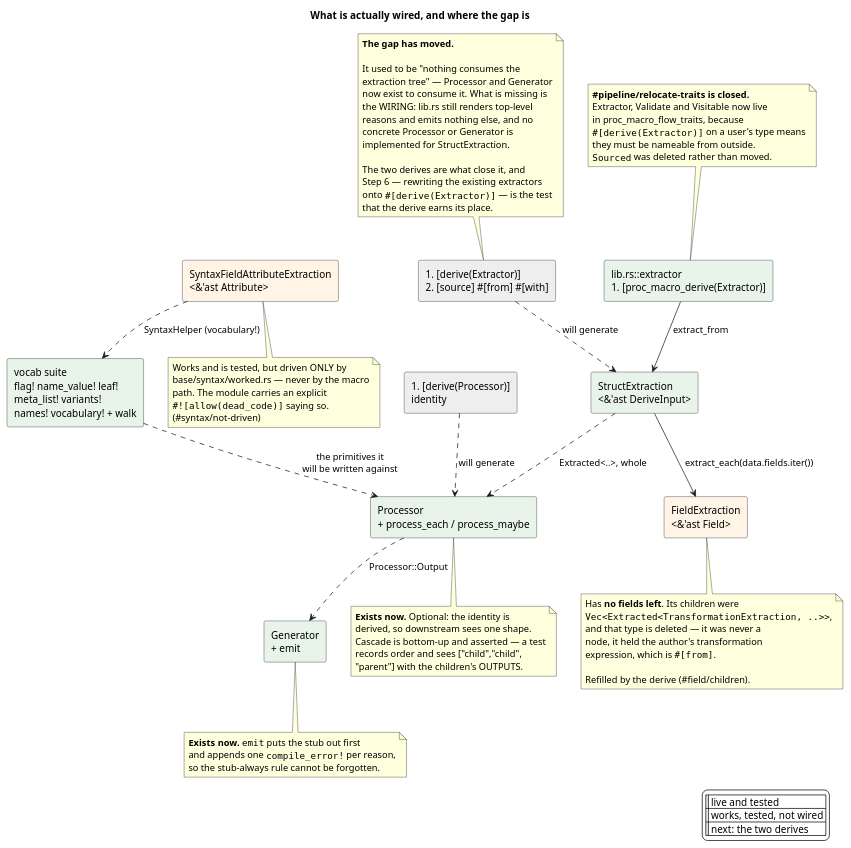
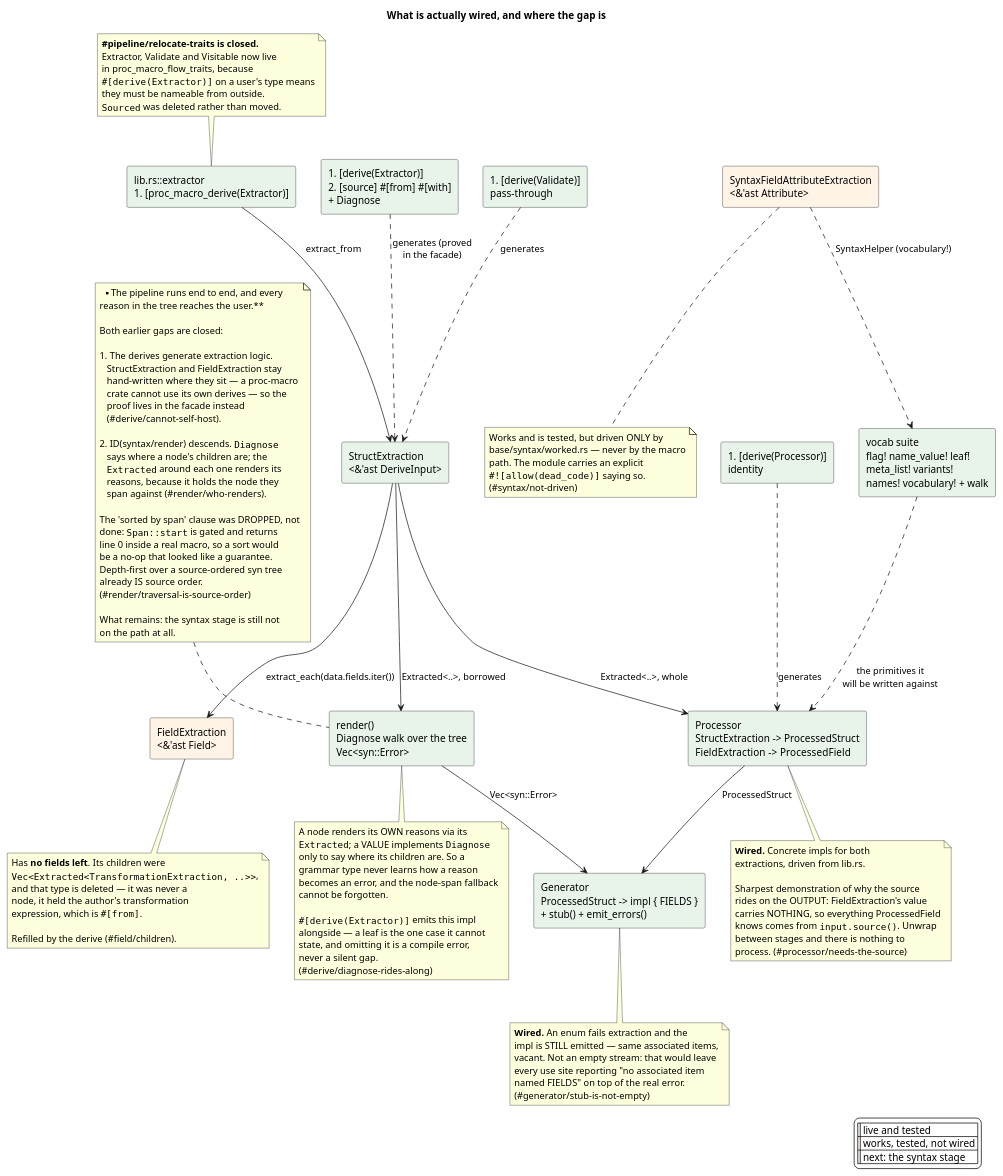
One commit to nzuzomagagula/proc-macro-flow changed the diagram in docs/design/03-pipeline-status.puml. Above: the diagram before and after it, drawn with PlantUML. The commit also changed 13 other files, not shown here.

First line of the commit message:
Resolve #syntax/render

```diff
--- a/docs/design/03-pipeline-status.puml
+++ b/docs/design/03-pipeline-status.puml
@@ -1,101 +1,143 @@
 @startuml pipeline-status
 title What is actually wired, and where the gap is
 
 skinparam shadowing false
 skinparam legendBackgroundColor #FFFFFF
 
 rectangle "lib.rs::extractor\n#[proc_macro_derive(Extractor)]" as Entry #E8F4EA
 
 rectangle "StructExtraction\n<&'ast DeriveInput>" as S #E8F4EA
 rectangle "FieldExtraction\n<&'ast Field>" as F #FFF4E5
 rectangle "SyntaxFieldAttributeExtraction\n<&'ast Attribute>" as Y #FFF4E5
 
 rectangle "vocab suite\nflag! name_value! leaf!\nmeta_list! variants!\nnames! vocabulary! + walk" as V #E8F4EA
 
-rectangle "Processor\n+ process_each / process_maybe" as P #E8F4EA
-rectangle "Generator\n+ emit" as G #E8F4EA
+rectangle "Processor\nStructExtraction -> ProcessedStruct\nFieldExtraction  -> ProcessedField" as P #E8F4EA
+rectangle "Generator\nProcessedStruct -> impl { FIELDS }\n+ stub() + emit_errors()" as G #E8F4EA
 
-rectangle "#[derive(Extractor)]\n#[source] #[from] #[with]" as DE #EEEEEE
-rectangle "#[derive(Processor)]\nidentity" as DP #EEEEEE
+rectangle "render()\nDiagnose walk over the tree\nVec<syn::Error>" as R #E8F4EA
+
+rectangle "#[derive(Extractor)]\n#[source] #[from] #[with]\n+ Diagnose" as DE #E8F4EA
+rectangle "#[derive(Processor)]\nidentity" as DP #E8F4EA
+rectangle "#[derive(Validate)]\npass-through" as DV #E8F4EA
 
 Entry --> S : extract_from
 S --> F : extract_each(data.fields.iter())
 
-S ..> P : Extracted<..>, whole
-P ..> G : Processor::Output
+S --> R : Extracted<..>, borrowed
+R --> G : Vec<syn::Error>
+S --> P : Extracted<..>, whole
+P --> G : ProcessedStruct
 
 V ..> P : the primitives it\nwill be written against
 Y ..> V : SyntaxHelper (vocabulary!)
 
-DE ..> S : will generate
-DP ..> P : will generate
+DE ..> S : generates (proved\nin the facade)
+DP ..> P : generates
+DV ..> S : generates
 
 note bottom of F
   Has **no fields left**. Its children were
   ""Vec<Extracted<TransformationExtraction, ..>>"",
   and that type is deleted — it was never a
   node, it held the author's transformation
   expression, which is ""#[from]"".
 
   Refilled by the derive (#field/children).
 end note
 
 note bottom of Y
   Works and is tested, but driven ONLY by
   base/syntax/worked.rs — never by the macro
   path. The module carries an explicit
   ""#![allow(dead_code)]"" saying so.
   (#syntax/not-driven)
 end note
 
 note bottom of P
-  **Exists now.** Optional: the identity is
-  derived, so downstream sees one shape.
-  Cascade is bottom-up and asserted — a test
-  records order and sees ["child","child",
-  "parent"] with the children's OUTPUTS.
+  **Wired.** Concrete impls for both
+  extractions, driven from lib.rs.
+
+  Sharpest demonstration of why the source
+  rides on the OUTPUT: FieldExtraction's value
+  carries NOTHING, so everything ProcessedField
+  knows comes from ""input.source()"". Unwrap
+  between stages and there is nothing to
+  process. (#processor/needs-the-source)
 end note
 
 note bottom of G
-  **Exists now.** ""emit"" puts the stub out first
-  and appends one ""compile_error!"" per reason,
-  so the stub-always rule cannot be forgotten.
+  **Wired.** An enum fails extraction and the
+  impl is STILL emitted — same associated items,
+  vacant. Not an empty stream: that would leave
+  every use site reporting "no associated item
+  named FIELDS" on top of the real error.
+  (#generator/stub-is-not-empty)
 end note
 
 legend right
   |<#E8F4EA>| live and tested |
   |<#FFF4E5>| works, tested, not wired |
-  |<#EEEEEE>| next: the two derives |
+  |<#EEEEEE>| next: the syntax stage |
 endlegend
 
 note as Gap
-  **The gap has moved.**
+  **The pipeline runs end to end, and every
+  reason in the tree reaches the user.**
 
-  It used to be "nothing consumes the
-  extraction tree" — Processor and Generator
-  now exist to consume it. What is missing is
-  the WIRING: lib.rs still renders top-level
-  reasons and emits nothing else, and no
-  concrete Processor or Generator is
-  implemented for StructExtraction.
+  Both earlier gaps are closed:
 
-  The two derives are what close it, and
-  Step 6 — rewriting the existing extractors
-  onto ""#[derive(Extractor)]"" — is the test
-  that the derive earns its place.
+  1. The derives generate extraction logic.
+     StructExtraction and FieldExtraction stay
+     hand-written where they sit — a proc-macro
+     crate cannot use its own derives — so the
+     proof lives in the facade instead
+     (#derive/cannot-self-host).
+
+  2. ID(syntax/render) descends. ""Diagnose""
+     says where a node's children are; the
+     ""Extracted"" around each one renders its
+     reasons, because it holds the node they
+     span against (#render/who-renders).
+
+  The 'sorted by span' clause was DROPPED, not
+  done: ""Span::start"" is gated and returns
+  line 0 inside a real macro, so a sort would
+  be a no-op that looked like a guarantee.
+  Depth-first over a source-ordered syn tree
+  already IS source order.
+  (#render/traversal-is-source-order)
+
+  What remains: the syntax stage is still not
+  on the path at all.
 end note
 
-Gap .. DE
+Gap .. R
+
+note bottom of R
+  A node renders its OWN reasons via its
+  ""Extracted""; a VALUE implements ""Diagnose""
+  only to say where its children are. So a
+  grammar type never learns how a reason
+  becomes an error, and the node-span fallback
+  cannot be forgotten.
+
+  ""#[derive(Extractor)]"" emits this impl
+  alongside — a leaf is the one case it cannot
+  state, and omitting it is a compile error,
+  never a silent gap.
+  (#derive/diagnose-rides-along)
+end note
 
 note as Closed
   **#pipeline/relocate-traits is closed.**
   Extractor, Validate and Visitable now live
   in proc_macro_flow_traits, because
   ""#[derive(Extractor)]"" on a user's type means
   they must be nameable from outside.
   ""Sourced"" was deleted rather than moved.
 end note
 
 Closed .. Entry
 
 @enduml
```
